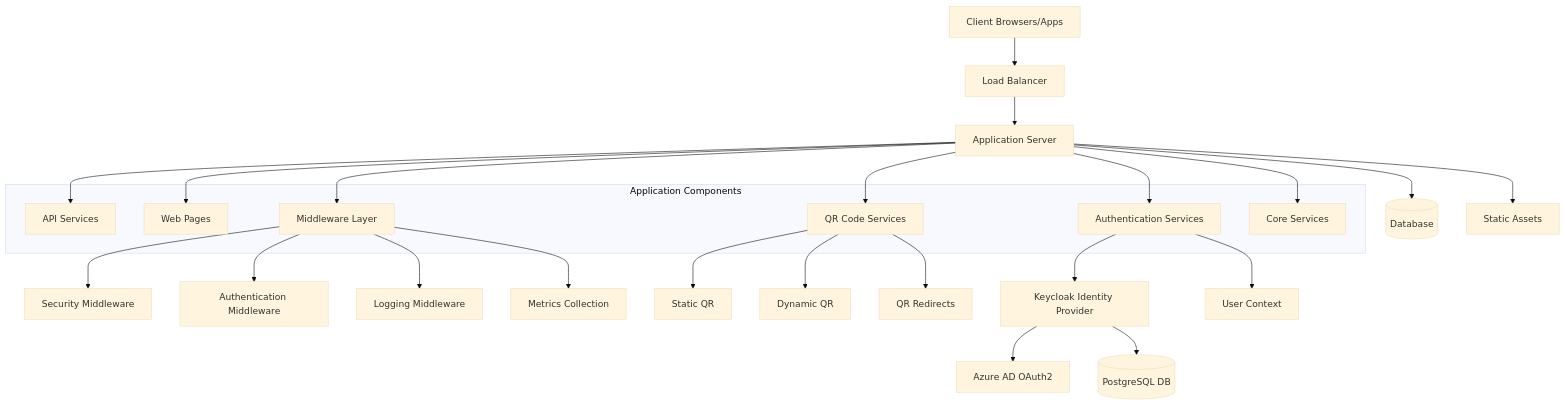
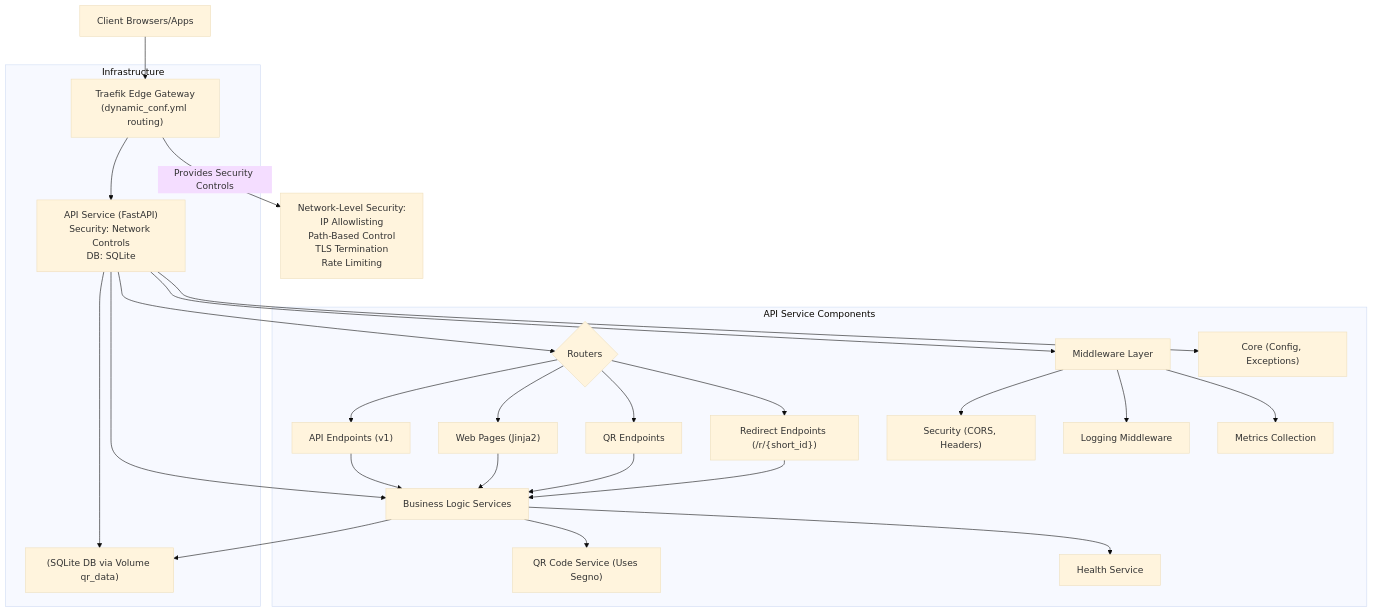
Before and after one commit to gsinghjay/mvp_qr_gen: the first of 3 diagrams in STORY.md, drawn with Mermaid (base theme). The commit also changed other lines of this file, not shown here.

Commit message:
docs: update project story to reflect security model evolution

````diff
--- a/STORY.md
+++ b/STORY.md
@@ -9,39 +5,37 @@
 ```mermaid
 graph TD
-    Client[Client Browsers/Apps] --> Load[Load Balancer]
-    Load --> App[Application Server]
-    App --> DB[(Database)]
-    
-    App --> Static[Static Assets]
-    
-    subgraph "Application Components"
-        API[API Services]
-        Web[Web Pages]
-        QR[QR Code Services]
-        Auth[Authentication Services]
-        Middleware[Middleware Layer]
-        Core[Core Services]
+    Client["Client Browsers/Apps"] --> Traefik["Traefik Edge Gateway<br>(dynamic_conf.yml routing)"]
+
+    subgraph "Infrastructure"
+        Traefik --> API_Service["API Service (FastAPI)<br>Security: Network Controls<br>DB: SQLite"]
+        API_Service --> API_DB["(SQLite DB via Volume qr_data)"]
     end
-    
-    App --> API
-    App --> Web
-    App --> QR
-    App --> Auth
-    App --> Middleware
-    App --> Core
-    
-    Middleware --> Security[Security Middleware]
-    Middleware --> AuthMiddleware[Authentication Middleware]
-    Middleware --> Logging[Logging Middleware]
-    Middleware --> Metrics[Metrics Collection]
-    
-    QR --> StaticQR[Static QR]
-    QR --> DynamicQR[Dynamic QR]
-    QR --> RedirectQR[QR Redirects]
-    
-    Auth --> Keycloak[Keycloak Identity Provider]
-    Keycloak --> OAuth2[Azure AD OAuth2]
-    Auth --> UserContext[User Context]
-    
-    Keycloak --> KC_DB[(PostgreSQL DB)]
+
+    subgraph "API Service Components"
+        API_Service --> Routers{"Routers"}
+        Routers --> API_Endpoints["API Endpoints (v1)"]
+        Routers --> Web_Pages["Web Pages (Jinja2)"]
+        Routers --> QR_Endpoints["QR Endpoints"]
+        Routers --> Redirect_Endpoints["Redirect Endpoints (/r/{short_id})"]
+
+        API_Service --> Middleware["Middleware Layer"]
+        Middleware --> Security["Security (CORS, Headers)"]
+        Middleware --> Logging["Logging Middleware"]
+        Middleware --> Metrics["Metrics Collection"]
+
+        API_Service --> Services["Business Logic Services"]
+        Services --> QR_Service["QR Code Service (Uses Segno)"]
+        Services --> Health_Service["Health Service"]
+
+        API_Service --> Core["Core (Config, Exceptions)"]
+    end
+
+    API_Endpoints --> Services
+    Web_Pages --> Services
+    QR_Endpoints --> Services
+    Redirect_Endpoints --> Services
+
+    Services --> API_DB
+
+    Traefik -- "Provides Security Controls" --> Security_Controls["Network-Level Security:<br>IP Allowlisting<br>Path-Based Control<br>TLS Termination<br>Rate Limiting"]
 ```
````
